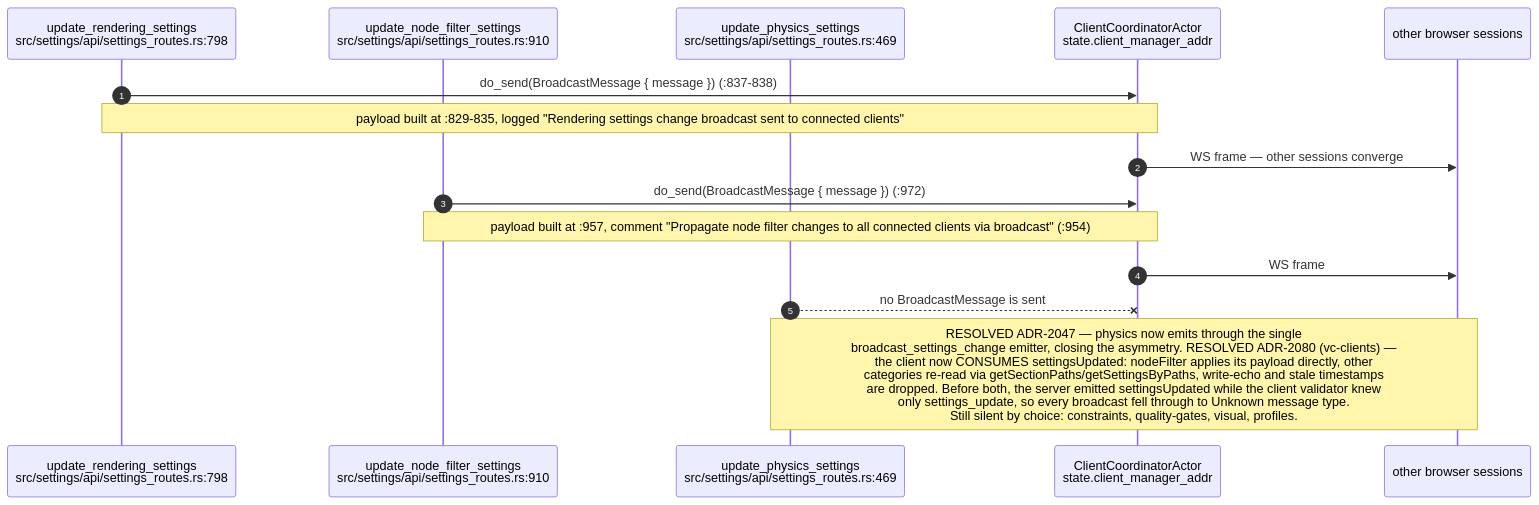
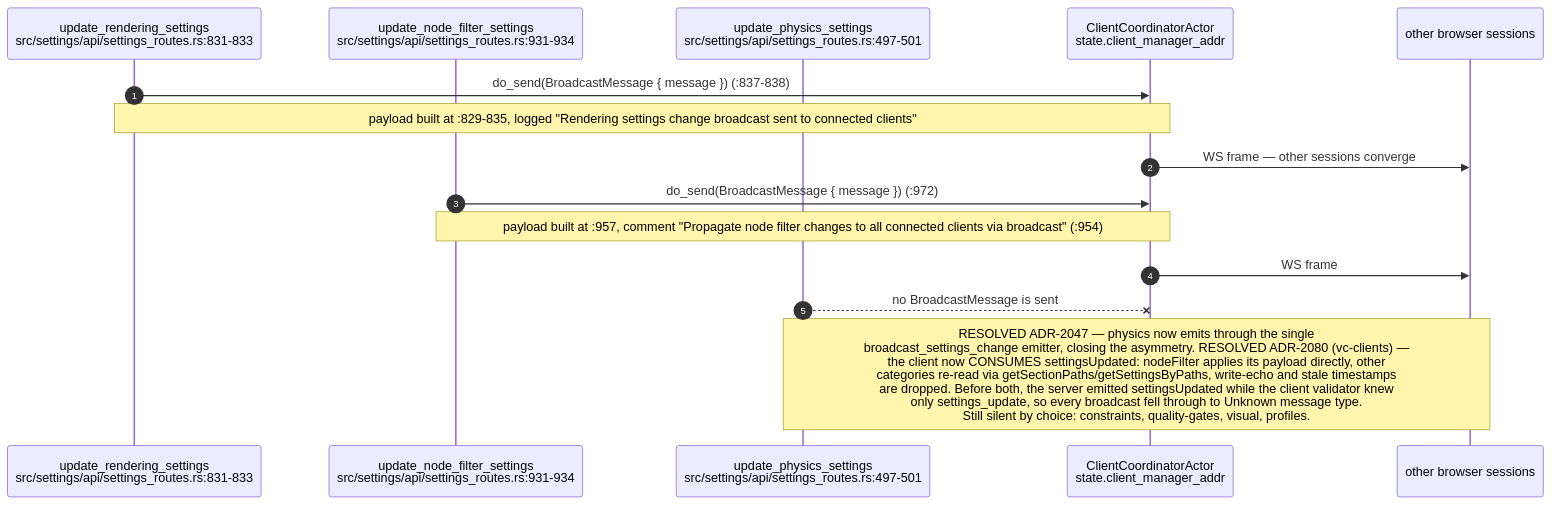
The fourth of 10 diagrams in docs/diagrams/visionclaw/06-settings-round-trip.md (DreamLab-AI/AR-AI-Knowledge-Graph), drawn with Mermaid before and after one commit. The commit also changed other lines of this file and 36 other files, not shown here.

````diff
--- a/docs/diagrams/visionclaw/06-settings-round-trip.md
+++ b/docs/diagrams/visionclaw/06-settings-round-trip.md
@@ -143,18 +143,18 @@
 ```mermaid
 sequenceDiagram
     autonumber
-    participant H1 as update_rendering_settings<br/>src/settings/api/settings_routes.rs:798
-    participant H2 as update_node_filter_settings<br/>src/settings/api/settings_routes.rs:910
-    participant H3 as update_physics_settings<br/>src/settings/api/settings_routes.rs:469
+    participant H1 as update_rendering_settings<br/>src/settings/api/settings_routes.rs:831-833
+    participant H2 as update_node_filter_settings<br/>src/settings/api/settings_routes.rs:931-934
+    participant H3 as update_physics_settings<br/>src/settings/api/settings_routes.rs:497-501
     participant CC as ClientCoordinatorActor<br/>state.client_manager_addr
     participant B as other browser sessions
 
     H1->>CC: do_send(BroadcastMessage { message }) (:837-838)
     Note over H1,CC: payload built at :829-835, logged "Rendering settings change broadcast sent to connected clients"
     CC->>B: WS frame — other sessions converge
     H2->>CC: do_send(BroadcastMessage { message }) (:972)
     Note over H2,CC: payload built at :957, comment "Propagate node filter changes to all connected clients via broadcast" (:954)
     CC->>B: WS frame
     H3--xCC: no BroadcastMessage is sent
     Note over H3,B: RESOLVED ADR-2047 — physics now emits through the single<br/>broadcast_settings_change emitter, closing the asymmetry. RESOLVED ADR-2080 (vc-clients) —<br/>the client now CONSUMES settingsUpdated: nodeFilter applies its payload directly, other<br/>categories re-read via getSectionPaths/getSettingsByPaths, write-echo and stale timestamps<br/>are dropped. Before both, the server emitted settingsUpdated while the client validator knew<br/>only settings_update, so every broadcast fell through to Unknown message type.<br/>Still silent by choice: constraints, quality-gates, visual, profiles.
 ```
````
